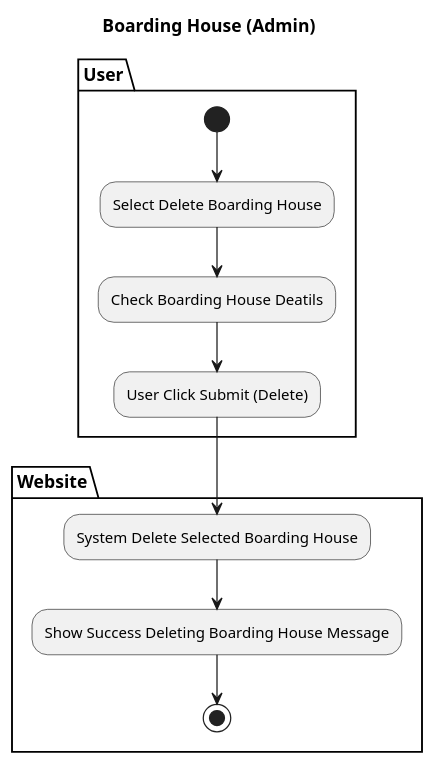
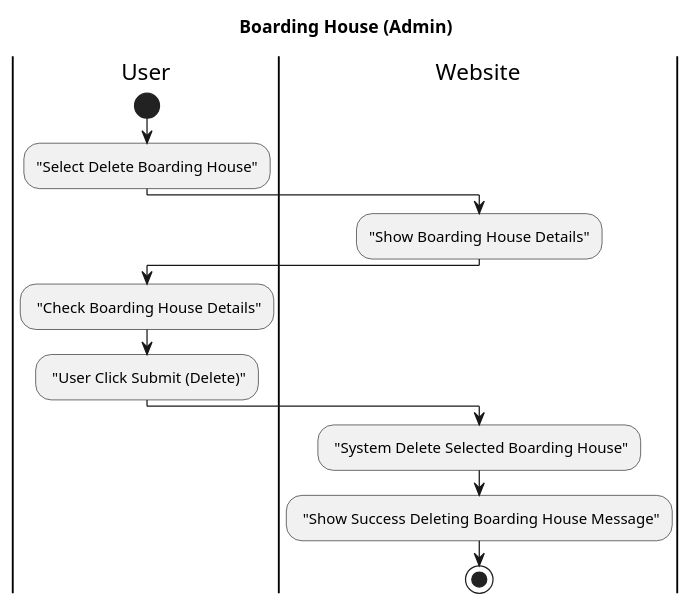
The diagram in Design/BHFMS_ACTIVITY/Boarding House (Admin) Delete.puml (AntWort21/BHFMS), drawn with PlantUML before and after one commit. The commit also changed 9 other files, not shown here.

Commit message:
Update all Activity Diagram w/ Swimlane

```diff
--- a/Design/BHFMS_ACTIVITY/Boarding House (Admin) Delete.puml
+++ b/Design/BHFMS_ACTIVITY/Boarding House (Admin) Delete.puml
@@ -1,14 +1,18 @@
 @startuml
 title Boarding House (Admin)
-partition User {
-(*) --> "Select Delete Boarding House"
-    --> "Check Boarding House Deatils"
-    --> "User Click Submit (Delete)"
-}
+|User|
+start 
+    :"Select Delete Boarding House";
+|Website|
+    :"Show Boarding House Details";
 
-partition Website {
-    "User Click Submit (Delete)" --> "System Delete Selected Boarding House"
-    --> "Show Success Deleting Boarding House Message"
-    --> (*)
-}
+|User|
+    : "Check Boarding House Details";
+    : "User Click Submit (Delete)";
+
+
+|Website|
+    : "System Delete Selected Boarding House";
+    : "Show Success Deleting Boarding House Message";
+    stop
 @enduml
```
